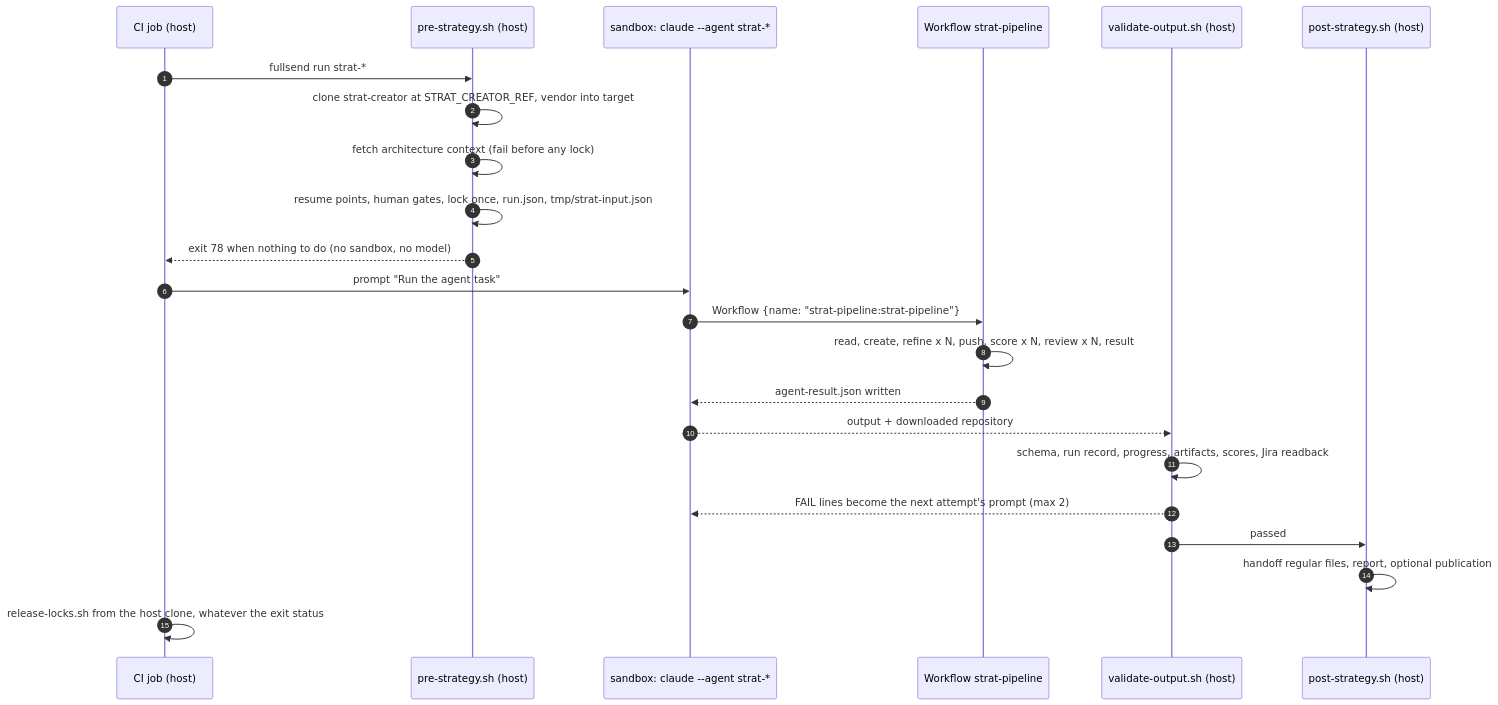
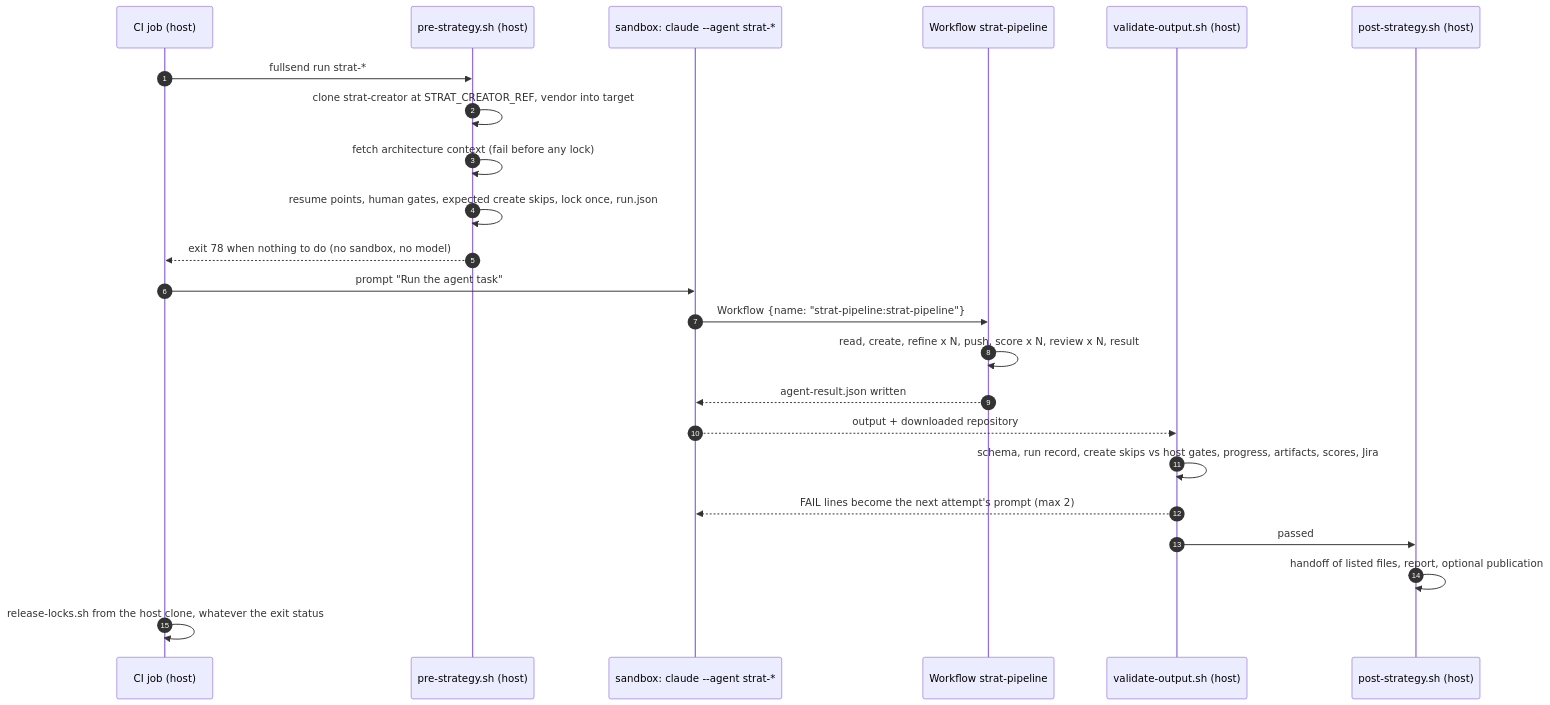
One commit to opendatahub-io/strat-creator changed the diagram in .fullsend/README.md. Above: the diagram before and after it, drawn with Mermaid. The commit also changed other lines of this file, not shown here.

First line of the commit message:
docs(fullsend): record the final smoke run and the untested paths

````diff
--- a/.fullsend/README.md
+++ b/.fullsend/README.md
@@ -28,25 +28,25 @@
 ```mermaid
 sequenceDiagram
     autonumber
     participant CI as CI job (host)
     participant Pre as pre-strategy.sh (host)
     participant SB as sandbox: claude --agent strat-*
     participant WF as Workflow strat-pipeline
     participant Val as validate-output.sh (host)
     participant Post as post-strategy.sh (host)
     CI->>Pre: fullsend run strat-*
     Pre->>Pre: clone strat-creator at STRAT_CREATOR_REF, vendor into target
     Pre->>Pre: fetch architecture context (fail before any lock)
-    Pre->>Pre: resume points, human gates, lock once, run.json, tmp/strat-input.json
+    Pre->>Pre: resume points, human gates, expected create skips, lock once, run.json
     Pre-->>CI: exit 78 when nothing to do (no sandbox, no model)
     CI->>SB: prompt "Run the agent task"
     SB->>WF: Workflow {name: "strat-pipeline:strat-pipeline"}
     WF->>WF: read, create, refine x N, push, score x N, review x N, result
     WF-->>SB: agent-result.json written
     SB-->>Val: output + downloaded repository
-    Val->>Val: schema, run record, progress, artifacts, scores, Jira readback
+    Val->>Val: schema, run record, create skips vs host gates, progress, artifacts, scores, Jira
     Val-->>SB: FAIL lines become the next attempt's prompt (max 2)
     Val->>Post: passed
-    Post->>Post: handoff regular files, report, optional publication
+    Post->>Post: handoff of listed files, report, optional publication
     CI->>CI: release-locks.sh from the host clone, whatever the exit status
 ```
````
